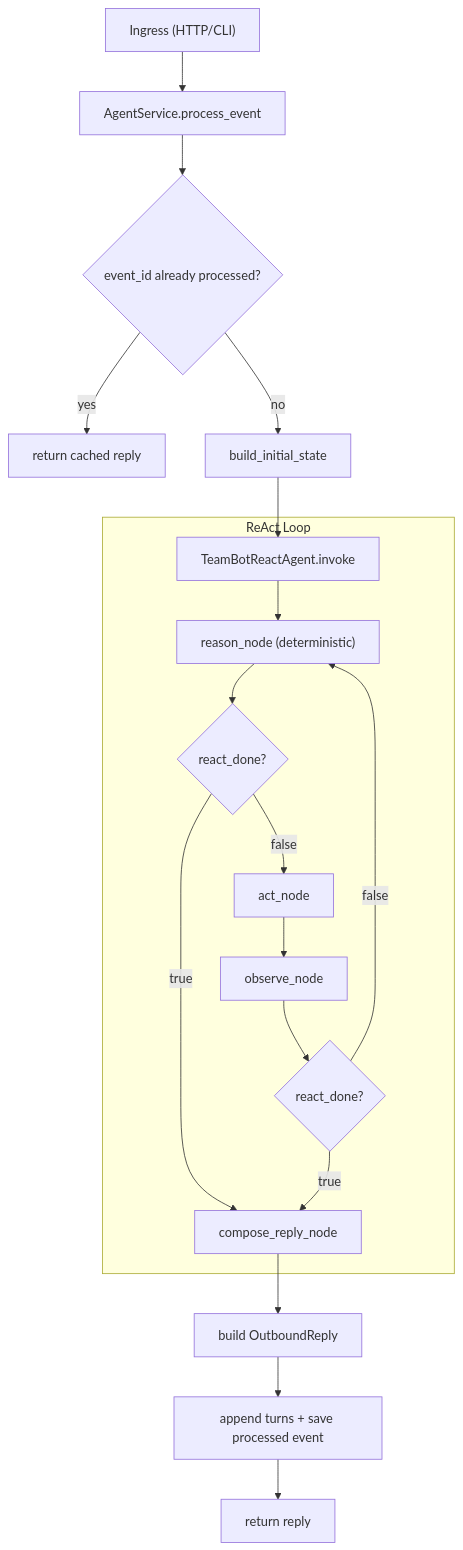
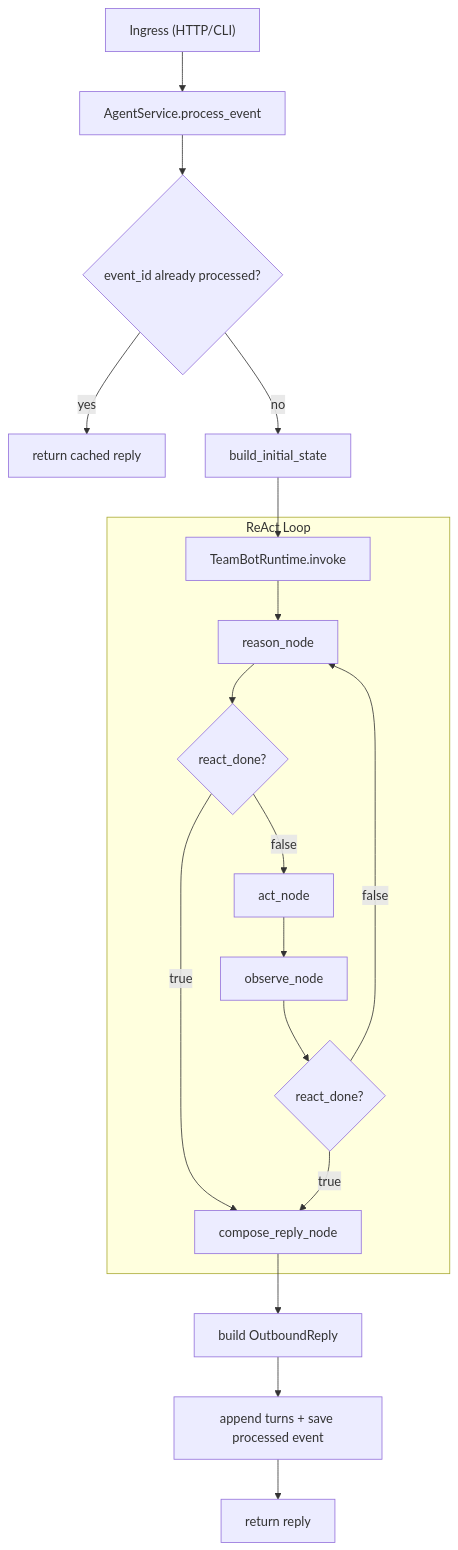
The first of 2 diagrams in docs/agent-core-algorithm.md (nigelleong0703/teambot), drawn with Mermaid before and after one commit. The commit also changed other lines of this file and 138 other files, not shown here.

Commit message:
feat: simplify agent runtime and add transcript interfaces

````diff
--- a/docs/agent-core-algorithm.md
+++ b/docs/agent-core-algorithm.md
@@ -20,23 +21,23 @@
 ```mermaid
 flowchart TD
     A["Ingress (HTTP/CLI)"] --> B["AgentService.process_event"]
     B --> C{"event_id already processed?"}
     C -- "yes" --> C1["return cached reply"]
     C -- "no" --> D["build_initial_state"]
-    D --> E["TeamBotReactAgent.invoke"]
+    D --> E["TeamBotRuntime.invoke"]
 
     subgraph L["ReAct Loop"]
-      E --> F["reason_node (deterministic)"]
+      E --> F["reason_node"]
       F --> G{"react_done?"}
       G -- "true" --> H["compose_reply_node"]
       G -- "false" --> I["act_node"]
       I --> J["observe_node"]
       J --> K{"react_done?"}
       K -- "false" --> F
       K -- "true" --> H
     end
 
     H --> M["build OutboundReply"]
     M --> N["append turns + save processed event"]
     N --> O["return reply"]
 ```
````
